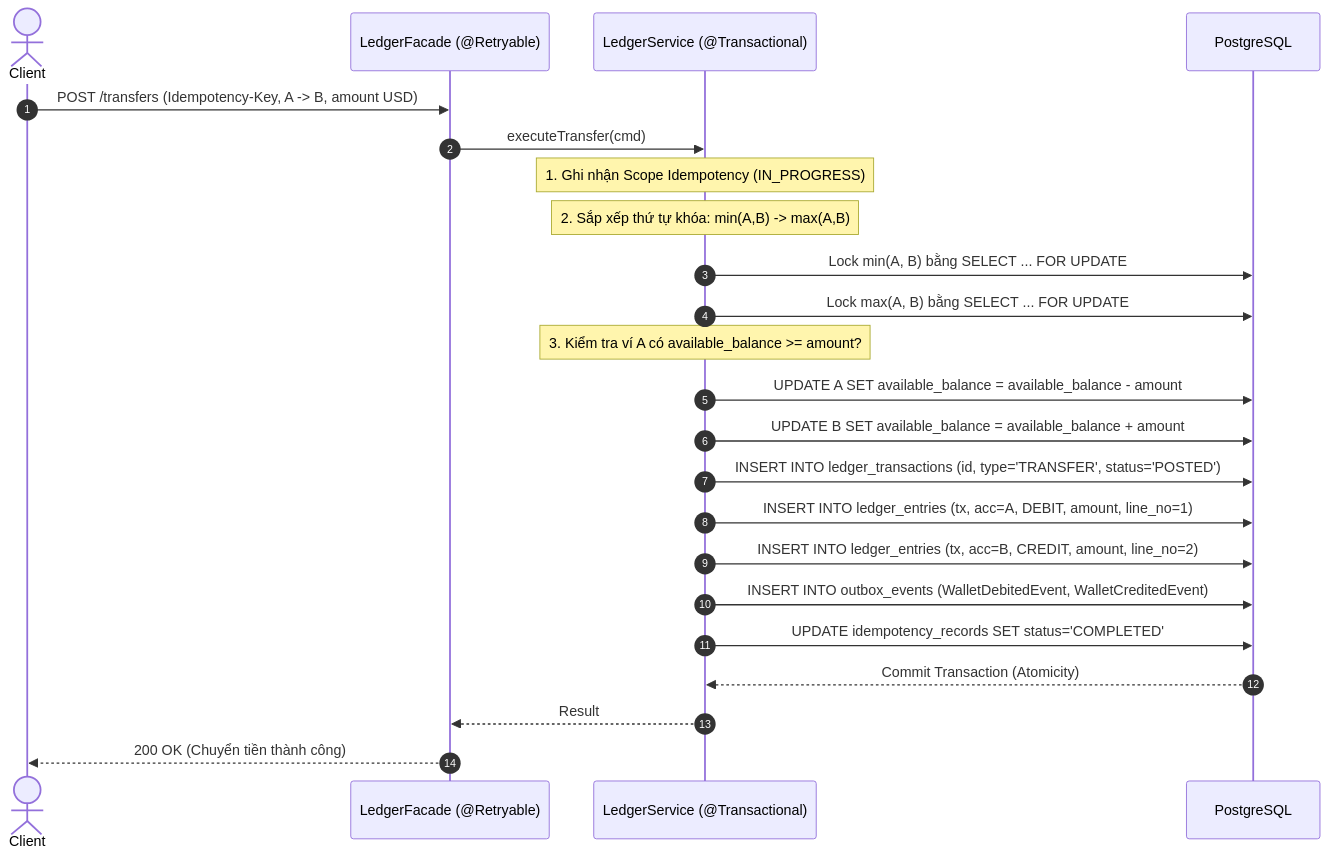
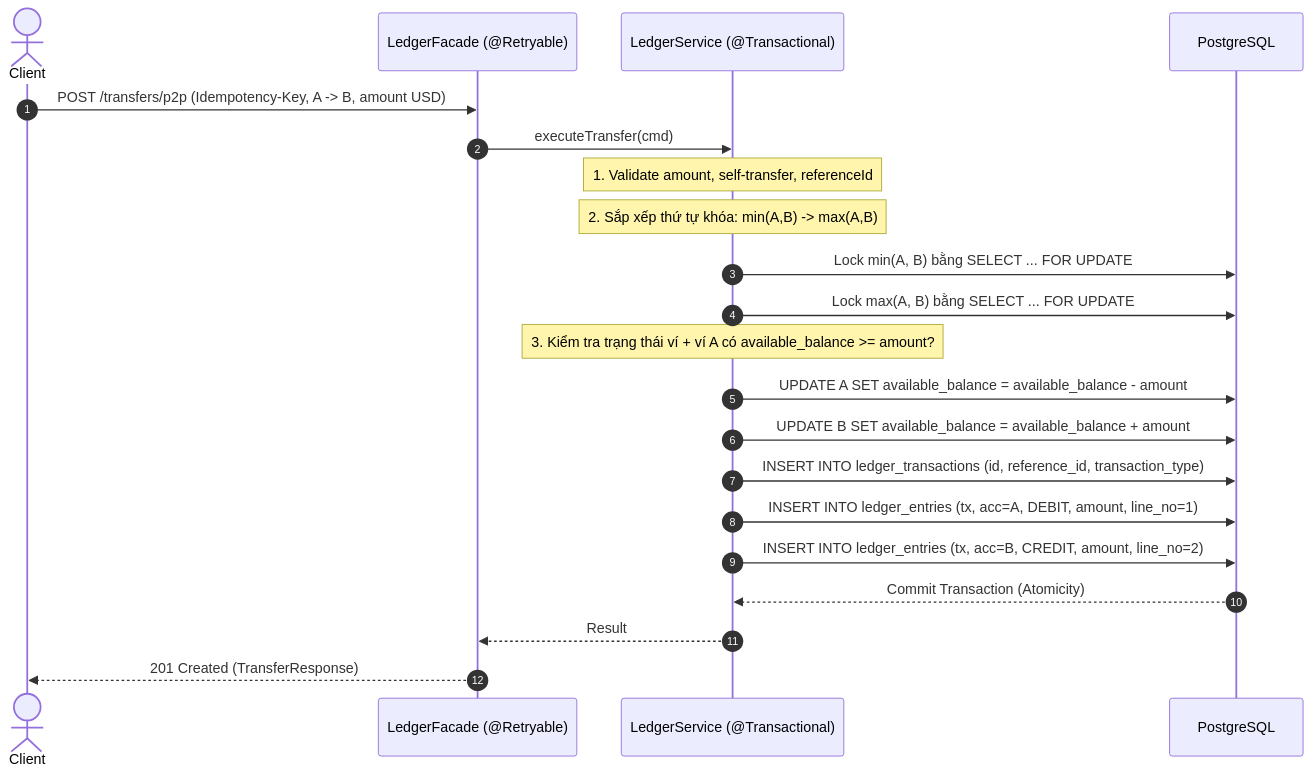
The second of 2 diagrams in docs/BUSINESS.md (dducsw/mini-digital-wallet), drawn with Mermaid before and after one commit. The commit also changed other lines of this file and 102 other files, not shown here.

````diff
--- a/docs/BUSINESS.md
+++ b/docs/BUSINESS.md
@@ -137,26 +136,24 @@
 ```mermaid
 sequenceDiagram
     autonumber
     actor Client
     participant Facade as LedgerFacade (@Retryable)
     participant Service as LedgerService (@Transactional)
     participant DB as PostgreSQL
 
-    Client->>Facade: POST /transfers (Idempotency-Key, A -> B, amount USD)
+    Client->>Facade: POST /transfers/p2p (Idempotency-Key, A -> B, amount USD)
     Facade->>Service: executeTransfer(cmd)
-    Note over Service: 1. Ghi nhận Scope Idempotency (IN_PROGRESS)
+    Note over Service: 1. Validate amount, self-transfer, referenceId
     Note over Service: 2. Sắp xếp thứ tự khóa: min(A,B) -> max(A,B)
     Service->>DB: Lock min(A, B) bằng SELECT ... FOR UPDATE
     Service->>DB: Lock max(A, B) bằng SELECT ... FOR UPDATE
-    Note over Service: 3. Kiểm tra ví A có available_balance >= amount?
+    Note over Service: 3. Kiểm tra trạng thái ví + ví A có available_balance >= amount?
     Service->>DB: UPDATE A SET available_balance = available_balance - amount
     Service->>DB: UPDATE B SET available_balance = available_balance + amount
-    Service->>DB: INSERT INTO ledger_transactions (id, type='TRANSFER', status='POSTED')
+    Service->>DB: INSERT INTO ledger_transactions (id, reference_id, transaction_type)
     Service->>DB: INSERT INTO ledger_entries (tx, acc=A, DEBIT, amount, line_no=1)
     Service->>DB: INSERT INTO ledger_entries (tx, acc=B, CREDIT, amount, line_no=2)
-    Service->>DB: INSERT INTO outbox_events (WalletDebitedEvent, WalletCreditedEvent)
-    Service->>DB: UPDATE idempotency_records SET status='COMPLETED'
     DB-->>Service: Commit Transaction (Atomicity)
     Service-->>Facade: Result
-    Facade-->>Client: 200 OK (Chuyển tiền thành công)
+    Facade-->>Client: 201 Created (TransferResponse)
 ```
````
